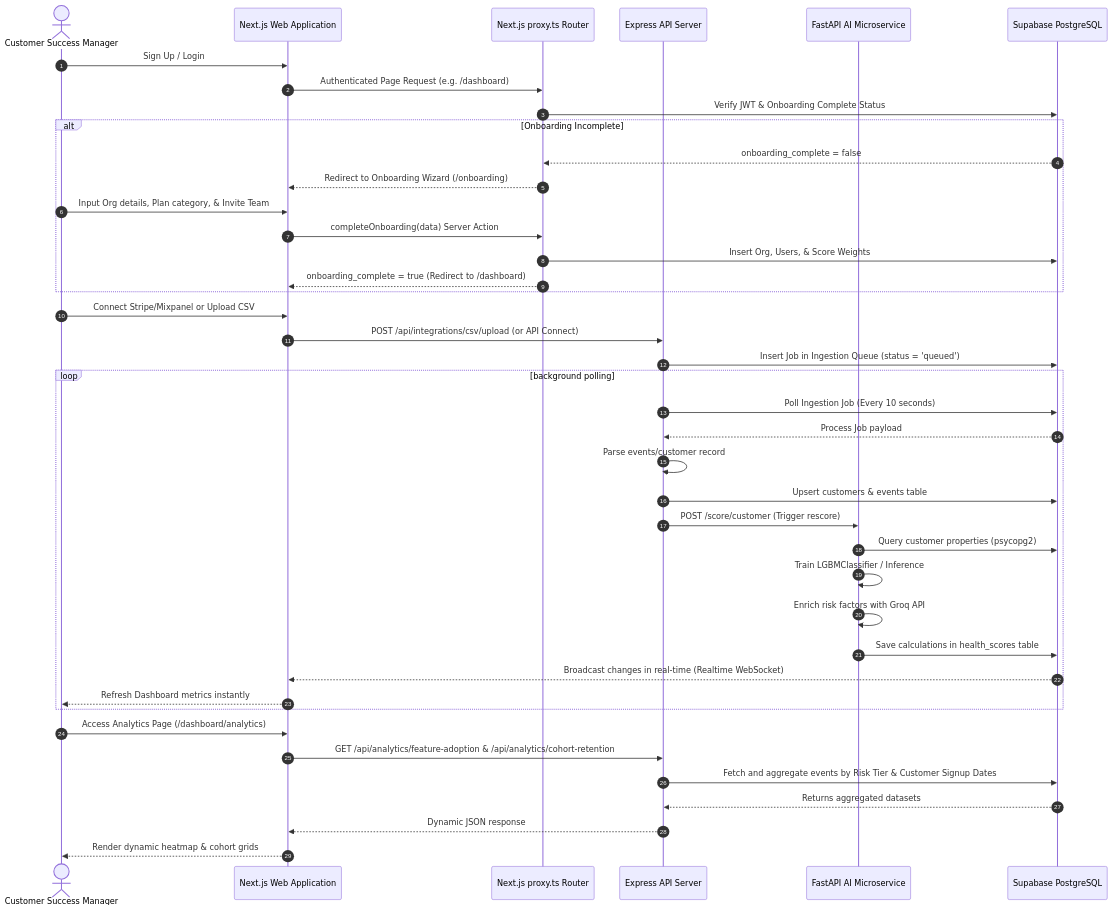
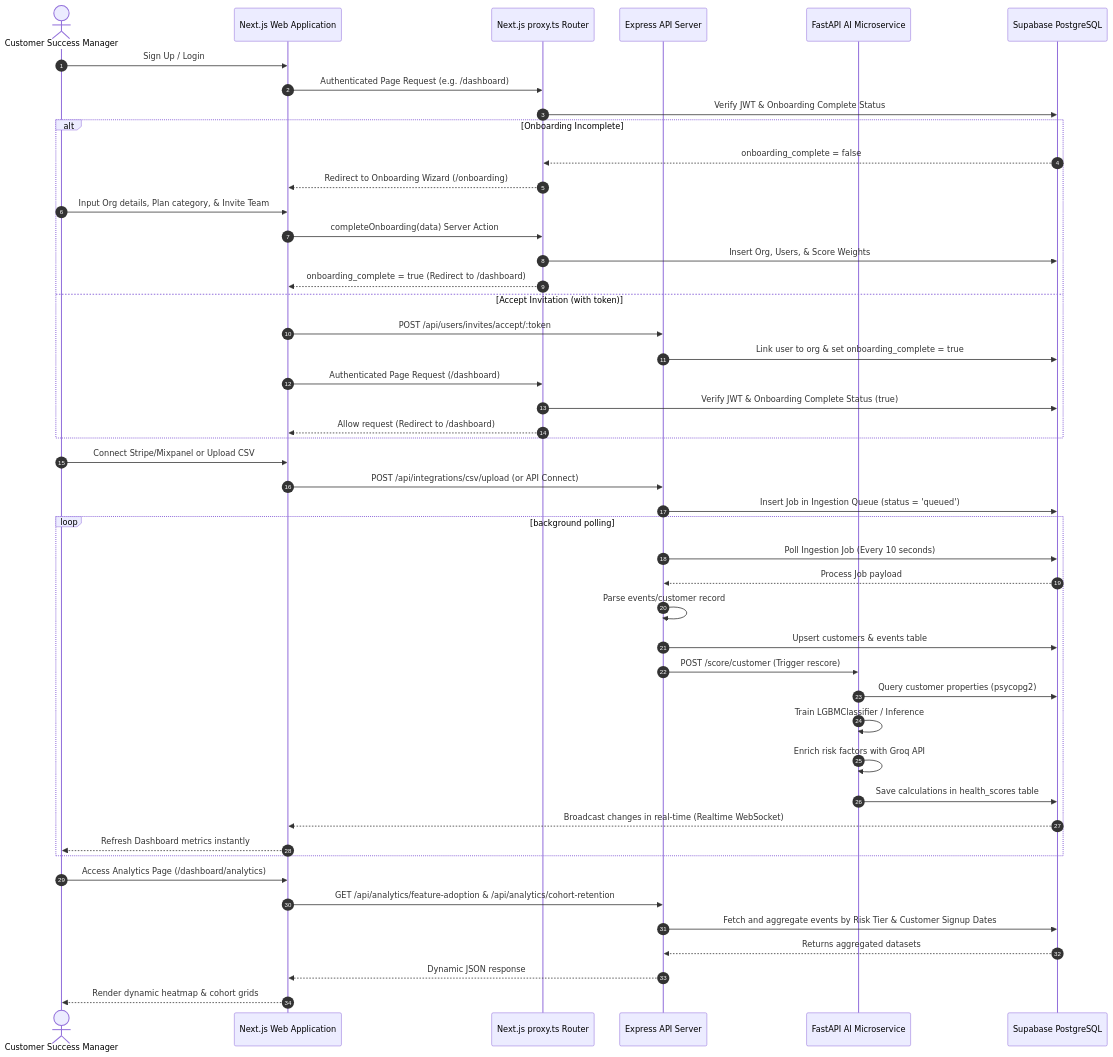
Before and after one commit to apoorvmaurya/retentiq: the second of 2 diagrams in README.md, drawn with Mermaid. The commit also changed other lines of this file and 15 other files, not shown here.

Commit message:
feat: implement integration framework with secure credential handling and auth-aware callback flows

````diff
--- a/README.md
+++ b/README.md
@@ -105,49 +105,55 @@
 ```mermaid
 sequenceDiagram
     autonumber
     actor CSM as Customer Success Manager
     participant App as Next.js Web Application
     participant Proxy as Next.js proxy.ts Router
     participant API as Express API Server
     participant AI as FastAPI AI Microservice
     participant DB as Supabase PostgreSQL
 
     %% Authentication & Onboarding
     CSM->>App: Sign Up / Login
     App->>Proxy: Authenticated Page Request (e.g. /dashboard)
     Proxy->>DB: Verify JWT & Onboarding Complete Status
     alt Onboarding Incomplete
         DB-->>Proxy: onboarding_complete = false
         Proxy-->>App: Redirect to Onboarding Wizard (/onboarding)
         CSM->>App: Input Org details, Plan category, & Invite Team
         App->>Proxy: completeOnboarding(data) Server Action
         Proxy->>DB: Insert Org, Users, & Score Weights
         Proxy-->>App: onboarding_complete = true (Redirect to /dashboard)
+    else Accept Invitation (with token)
+        App->>API: POST /api/users/invites/accept/:token
+        API->>DB: Link user to org & set onboarding_complete = true
+        App->>Proxy: Authenticated Page Request (/dashboard)
+        Proxy->>DB: Verify JWT & Onboarding Complete Status (true)
+        Proxy-->>App: Allow request (Redirect to /dashboard)
     end
 
     %% Data Sync / Ingestions
     CSM->>App: Connect Stripe/Mixpanel or Upload CSV
     App->>API: POST /api/integrations/csv/upload (or API Connect)
     API->>DB: Insert Job in Ingestion Queue (status = 'queued')
     loop background polling
         API->>DB: Poll Ingestion Job (Every 10 seconds)
         DB-->>API: Process Job payload
         API->>API: Parse events/customer record
         API->>DB: Upsert customers & events table
         API->>AI: POST /score/customer (Trigger rescore)
         AI->>DB: Query customer properties (psycopg2)
         AI->>AI: Train LGBMClassifier / Inference
         AI->>AI: Enrich risk factors with Groq API
         AI->>DB: Save calculations in health_scores table
         DB-->>App: Broadcast changes in real-time (Realtime WebSocket)
         App-->>CSM: Refresh Dashboard metrics instantly
     end
 
     %% Analytics & Alerts
     CSM->>App: Access Analytics Page (/dashboard/analytics)
     App->>API: GET /api/analytics/feature-adoption & /api/analytics/cohort-retention
     API->>DB: Fetch and aggregate events by Risk Tier & Customer Signup Dates
     DB-->>API: Returns aggregated datasets
     API-->>App: Dynamic JSON response
     App-->>CSM: Render dynamic heatmap & cohort grids
 ```
````
